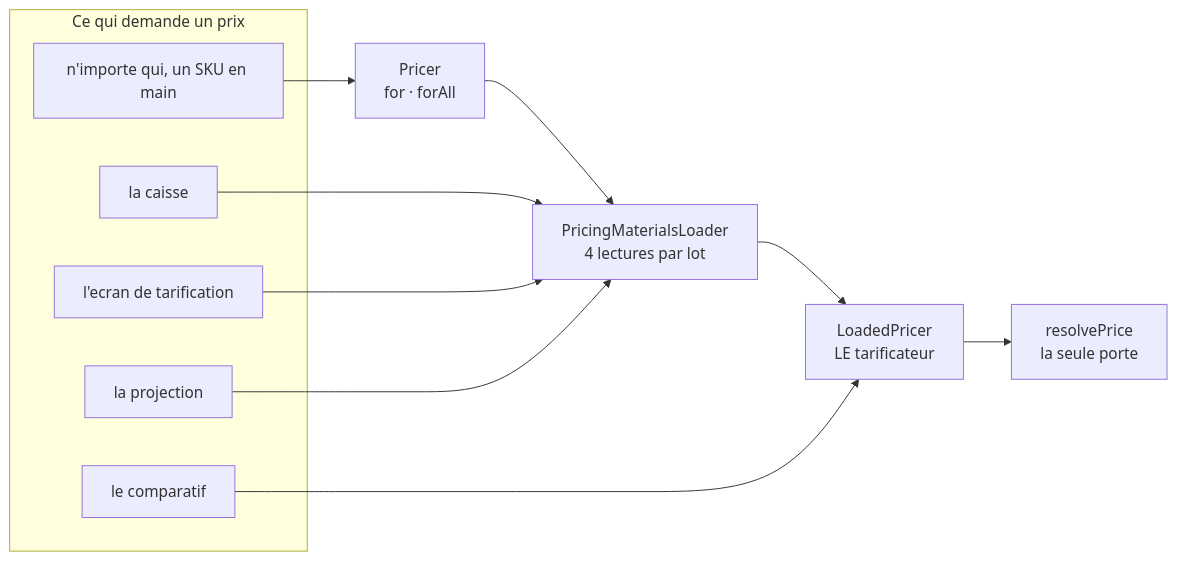
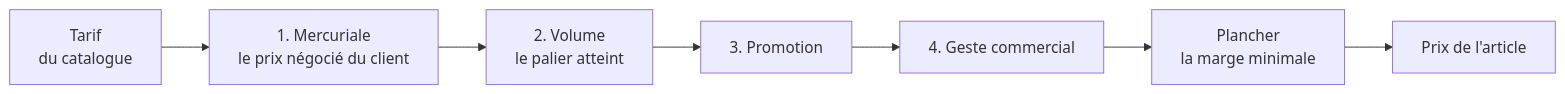
Before and after one commit to hugoheynard/lfd: the first of 2 diagrams in documentation/pricing/comment-un-prix-se-fabrique.md, drawn with Mermaid. The commit also changed other lines of this file and 1 other file, not shown here.

First line of the commit message:
docs(pricing): comment un prix se fabrique, réécrit contre le code

````diff
--- a/documentation/pricing/comment-un-prix-se-fabrique.md
+++ b/documentation/pricing/comment-un-prix-se-fabrique.md
@@ -15,19 +16,9 @@
 ```mermaid
 flowchart LR
-  subgraph consommateurs["Ce qui demande un prix"]
-    C1["la caisse"]
-    C2["l'ecran de tarification"]
-    C3["la projection"]
-    C4["le comparatif"]
-    C5["n'importe qui, un SKU en main"]
-  end
-
-  C5 --> P["Pricer<br/>for · forAll"]
-  P --> L["PricingMaterialsLoader<br/>4 lectures par lot"]
-  C1 --> L
-  C2 --> L
-  C3 --> L
-  L --> T["LoadedPricer<br/>LE tarificateur"]
-  C4 --> T
-  T --> R["resolvePrice<br/>la seule porte"]
+  T["Tarif<br/>du catalogue"] --> M["1. Mercuriale<br/>le prix négocié du client"]
+  M --> V["2. Volume<br/>le palier atteint"]
+  V --> P["3. Promotion"]
+  P --> G["4. Geste commercial"]
+  G --> F["Plancher<br/>la marge minimale"]
+  F --> R["Prix de l'article"]
 ```
````
